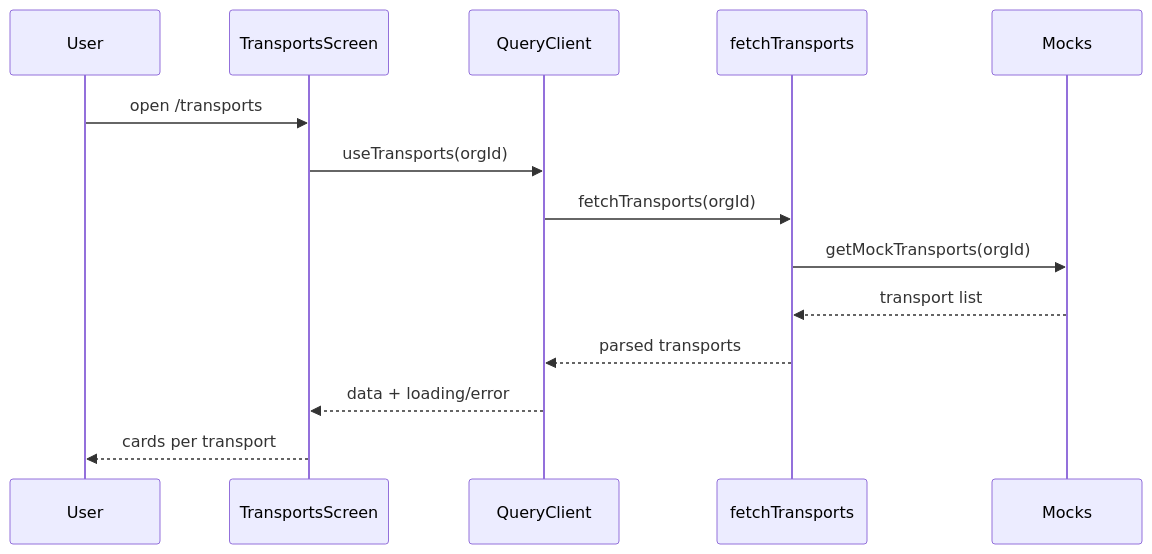
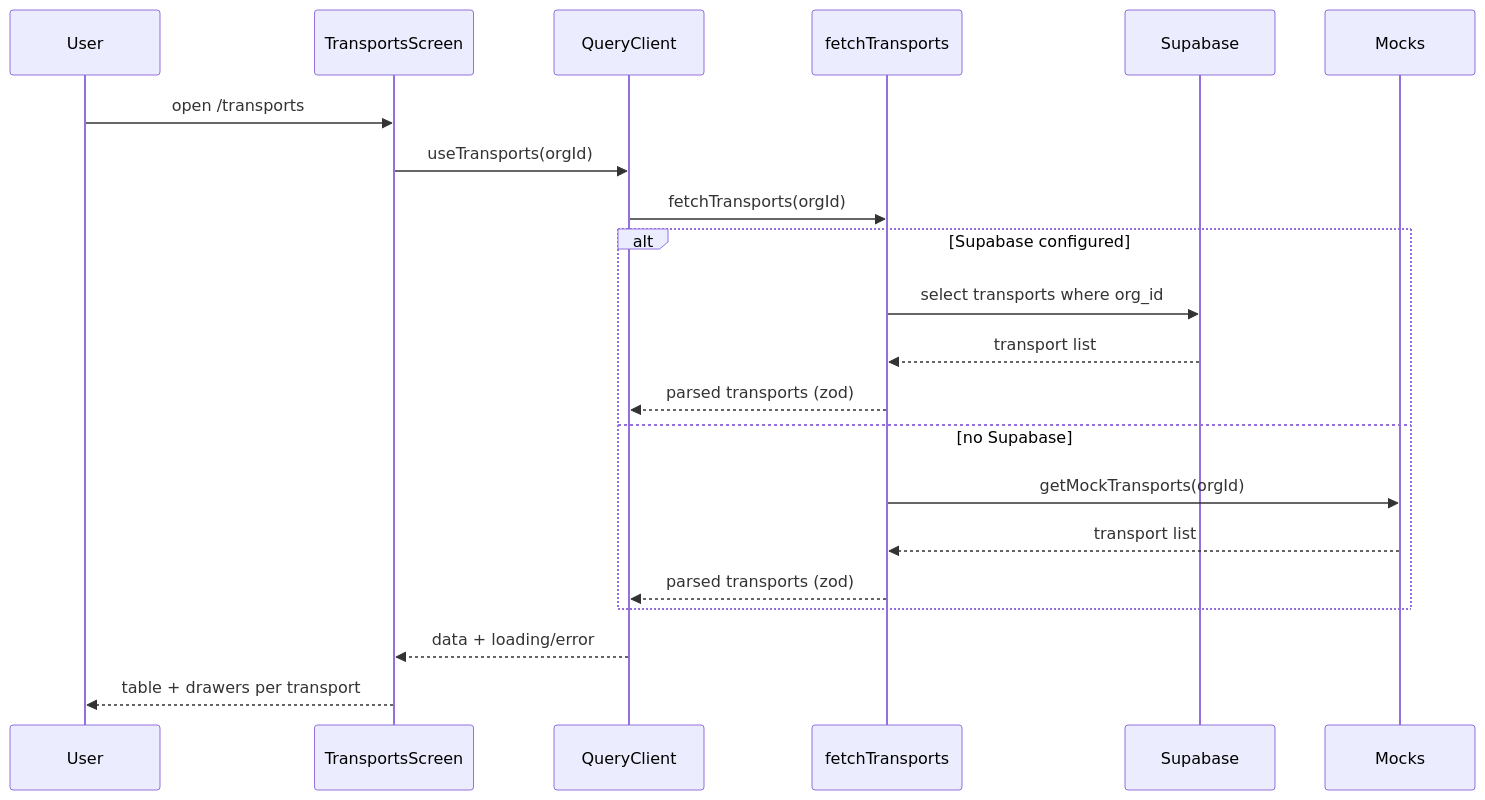
One commit to KRUKMAN/fafiq-app changed the diagram in docs/diagrams/sequences/05_transport_list.mmd. Above: the diagram before and after it, drawn with Mermaid. The commit also changed 15 other files, not shown here.

```diff
--- a/docs/diagrams/sequences/05_transport_list.mmd
+++ b/docs/diagrams/sequences/05_transport_list.mmd
@@ -1,14 +1,21 @@
 sequenceDiagram
   participant User
   participant Transports as TransportsScreen
   participant Query as QueryClient
   participant Data as fetchTransports
+  participant Supabase
   participant Mocks
   User->>Transports: open /transports
   Transports->>Query: useTransports(orgId)
   Query->>Data: fetchTransports(orgId)
-  Data->>Mocks: getMockTransports(orgId)
-  Mocks-->>Data: transport list
-  Data-->>Query: parsed transports
+  alt Supabase configured
+    Data->>Supabase: select transports where org_id
+    Supabase-->>Data: transport list
+    Data-->>Query: parsed transports (zod)
+  else no Supabase
+    Data->>Mocks: getMockTransports(orgId)
+    Mocks-->>Data: transport list
+    Data-->>Query: parsed transports (zod)
+  end
   Query-->>Transports: data + loading/error
-  Transports-->>User: cards per transport
+  Transports-->>User: table + drawers per transport
```
